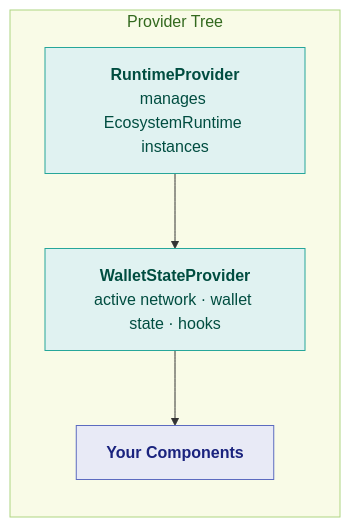
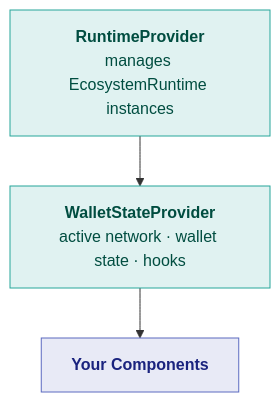
The first of 2 diagrams in content/tools/uikit/react-integration.mdx (OpenZeppelin/docs), drawn with Mermaid before and after one commit.

Commit message:
docs(uikit): switch Provider Tree to TD layout for readable node text
LR layout with subgraph truncates descriptive text. TD layout without
subgraph wrapper allows full-width nodes that display all information.
Matches the clean node style used by other UIKit diagrams.

````diff
--- a/content/tools/uikit/react-integration.mdx
+++ b/content/tools/uikit/react-integration.mdx
@@ -11,16 +11,13 @@
 ```mermaid
-%%{init: {'flowchart': {'nodeSpacing': 50, 'rankSpacing': 50, 'useMaxWidth': false}} }%%
-flowchart LR
-  subgraph PT["Provider Tree"]
-    RP["<b>RuntimeProvider</b><br/>manages EcosystemRuntime instances"]
-    WSP["<b>WalletStateProvider</b><br/>active network · wallet state · hooks"]
-    App["<b>Your Components</b>"]
-  end
+%%{init: {'flowchart': {'nodeSpacing': 30, 'rankSpacing': 50}} }%%
+flowchart TD
+  RP["<b>RuntimeProvider</b><br/>manages EcosystemRuntime instances"]
+  WSP["<b>WalletStateProvider</b><br/>active network · wallet state · hooks"]
+  App["<b>Your Components</b>"]
 
   RP --> WSP --> App
 
   style RP fill:#e0f2f1,stroke:#26a69a,color:#004d40
   style WSP fill:#e0f2f1,stroke:#26a69a,color:#004d40
   style App fill:#e8eaf6,stroke:#5c6bc0,color:#1a237e
-  style PT fill:#f9fbe7,stroke:#aed581,color:#33691e
 ```
````
